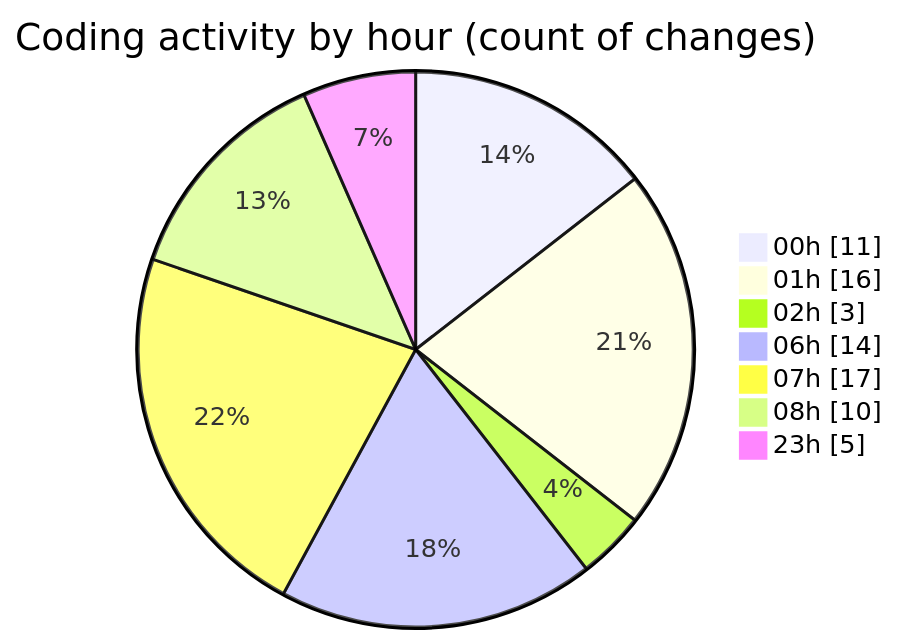
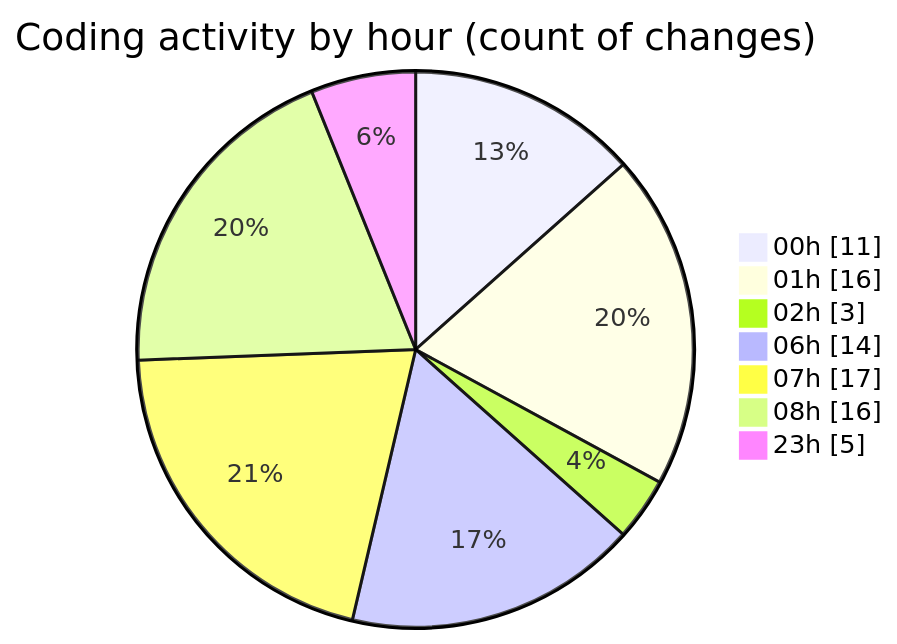
Before and after one commit to Elitesun/code-tracking: the second of 2 diagrams in 2025-02-21/projet/README.md, drawn with Mermaid. The commit also changed other lines of this file and 1 other file, not shown here.

````diff
--- a/2025-02-21/projet/README.md
+++ b/2025-02-21/projet/README.md
@@ -42,11 +42,11 @@
 ```mermaid
 pie showData
 title Coding activity by hour (count of changes)
 "00h" : 11
 "01h" : 16
 "02h" : 3
 "06h" : 14
 "07h" : 17
-"08h" : 10
+"08h" : 16
 "23h" : 5
 ```
````
